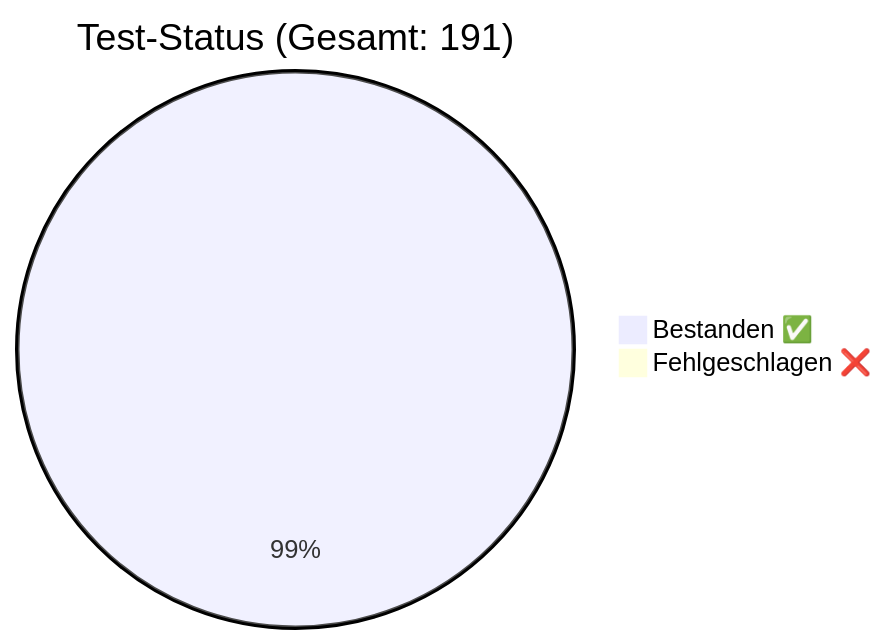
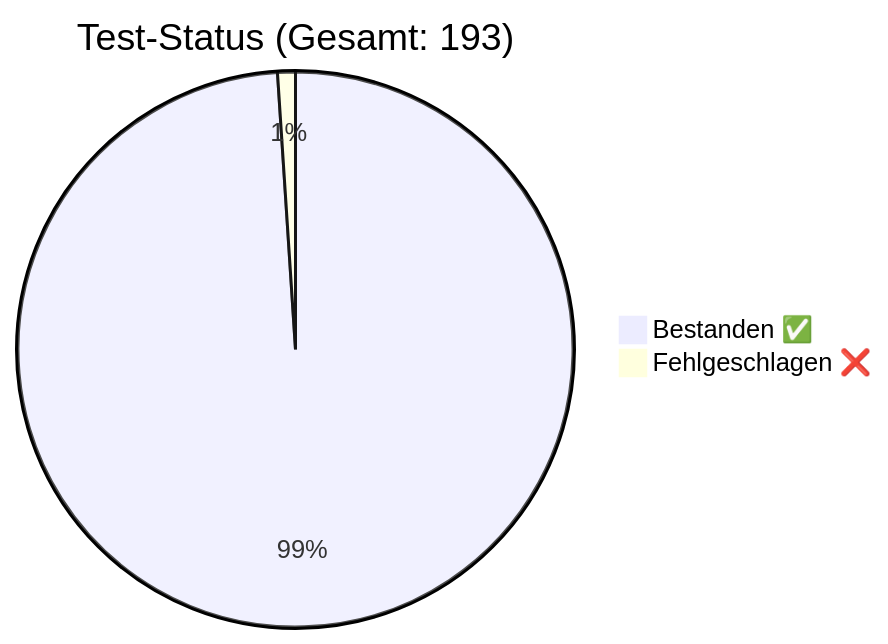
The diagram in docs/QA_Report.md (rorila/GCS), drawn with Mermaid before and after one commit. The commit also changed other lines of this file and 20 other files, not shown here.

````diff
--- a/docs/QA_Report.md
+++ b/docs/QA_Report.md
@@ -7,5 +7,5 @@
 ```mermaid
-pie title Test-Status (Gesamt: 191)
-    "Bestanden ✅" : 190
-    "Fehlgeschlagen ❌" : 1
+pie title Test-Status (Gesamt: 193)
+    "Bestanden ✅" : 191
+    "Fehlgeschlagen ❌" : 2
 ```
````
